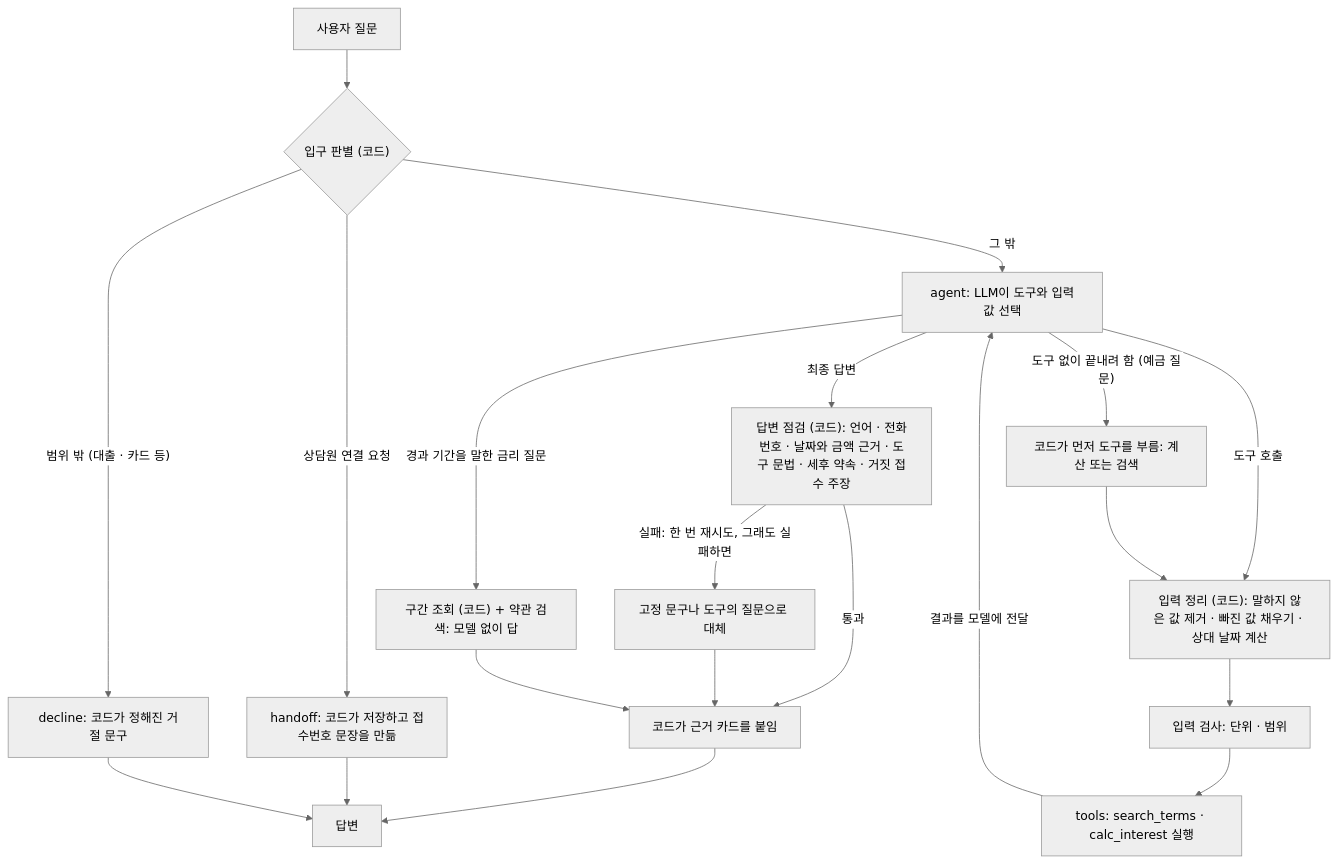
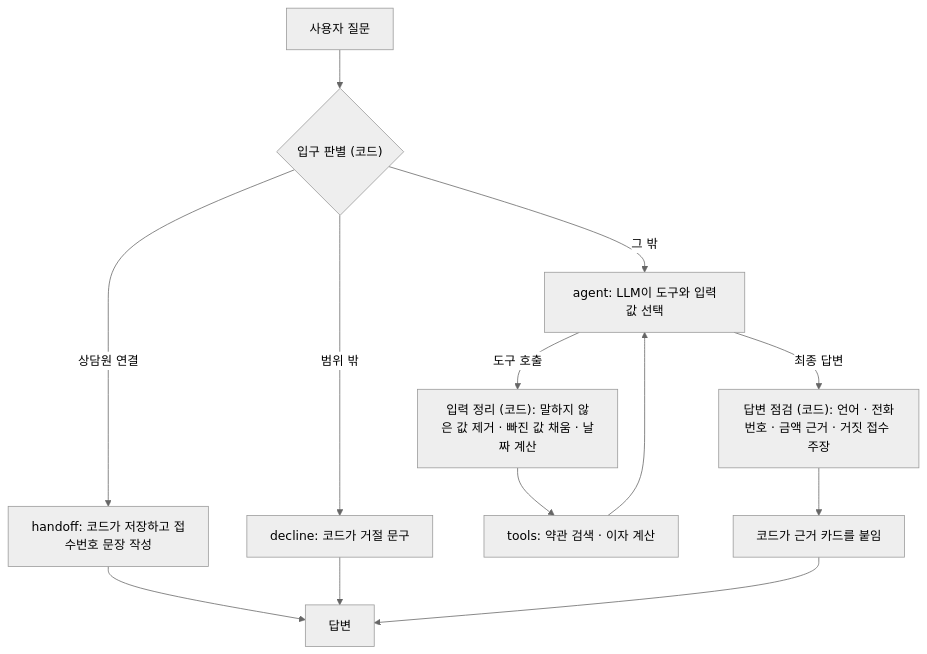
Before and after one commit to ohjuhun1119/banking-agent: the diagram in README.md, drawn with Mermaid (neutral theme). The commit also changed other lines of this file and 4 other files, not shown here.

````diff
--- a/README.md
+++ b/README.md
@@ -53,22 +36,15 @@
 ```mermaid
 flowchart TD
     Q["사용자 질문"] --> E{"입구 판별 (코드)"}
-    E -->|"상담원 연결 요청"| H["handoff: 코드가 저장하고 접수번호 문장을 만듦"]
-    E -->|"범위 밖 (대출 · 카드 등)"| X["decline: 코드가 정해진 거절 문구"]
+    E -->|"상담원 연결"| H["handoff: 코드가 저장하고 접수번호 문장 작성"]
+    E -->|"범위 밖"| X["decline: 코드가 거절 문구"]
     E -->|"그 밖"| A["agent: LLM이 도구와 입력값 선택"]
-    A -->|"도구 없이 끝내려 함 (예금 질문)"| F["코드가 먼저 도구를 부름: 계산 또는 검색"]
-    A -->|"도구 호출"| G["입력 정리 (코드): 말하지 않은 값 제거 · 빠진 값 채우기 · 상대 날짜 계산"]
-    F --> G
-    G --> V["입력 검사: 단위 · 범위"]
-    V --> T["tools: search_terms · calc_interest 실행"]
-    T -->|"결과를 모델에 전달"| A
-    A -->|"최종 답변"| C["답변 점검 (코드): 언어 · 전화번호 · 날짜와 금액 근거 · 도구 문법 · 세후 약속 · 거짓 접수 주장"]
-    C -->|"통과"| EV["코드가 근거 카드를 붙임"]
-    C -->|"실패: 한 번 재시도, 그래도 실패하면"| FB["고정 문구나 도구의 질문으로 대체"]
-    FB --> EV
-    A -->|"경과 기간을 말한 금리 질문"| LK["구간 조회 (코드) + 약관 검색: 모델 없이 답"]
-    LK --> EV
-    EV --> OUT["답변"]
-    H --> OUT
+    A -->|"도구 호출"| G["입력 정리 (코드): 말하지 않은 값 제거 · 빠진 값 채움 · 날짜 계산"]
+    G --> T["tools: 약관 검색 · 이자 계산"]
+    T --> A
+    A -->|"최종 답변"| C["답변 점검 (코드): 언어 · 전화번호 · 금액 근거 · 거짓 접수 주장"]
+    C --> EV["코드가 근거 카드를 붙임"]
+    H --> OUT["답변"]
     X --> OUT
+    EV --> OUT
 ```
````
